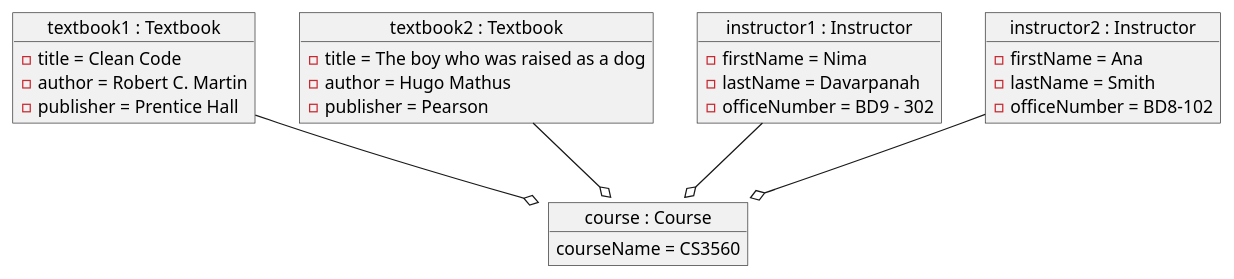
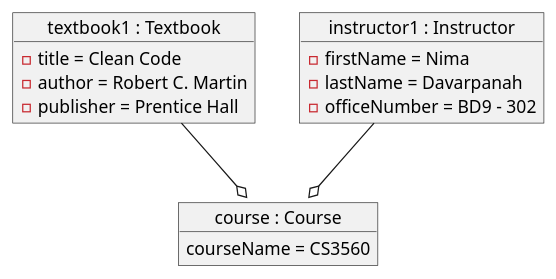
One commit to Hugo-Mathus/Homework5 changed the diagram in OBJECTS/Aggregation.puml. Above: the diagram before and after it, drawn with PlantUML. The commit also changed 1 other file, not shown here.

```diff
--- a/OBJECTS/Aggregation.puml
+++ b/OBJECTS/Aggregation.puml
@@ -1,32 +1,22 @@
 @startuml
 
 object "textbook1 : Textbook" as textbook1{
     -title = Clean Code
     -author = Robert C. Martin
     -publisher = Prentice Hall
 }
-object "textbook2 : Textbook" as textbook2{
-    -title = The boy who was raised as a dog
-    -author = Hugo Mathus
-    -publisher = Pearson
-}
+
 object "instructor1 : Instructor" as instructor1{
     -firstName = Nima
     -lastName = Davarpanah
     -officeNumber = BD9 - 302
 }
-object "instructor2 : Instructor" as instructor2{
-    -firstName = Ana
-    -lastName = Smith
-    -officeNumber = BD8-102
-}
+
 
 object "course : Course" as course {
      courseName = CS3560
 }
 
 textbook1 --o course::Textbook1
-textbook2 --o course::Textbook2
 instructor1 --o course::Instructor1
-instructor2 --o course::Instructor2
 @enduml
```
